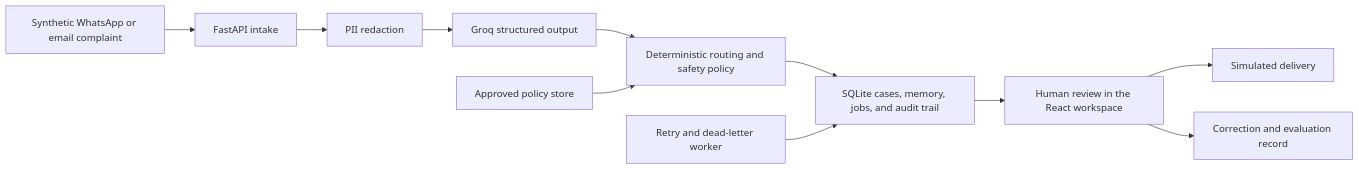
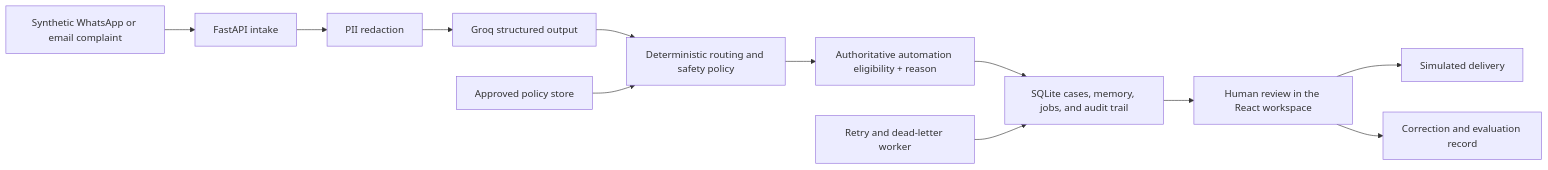
The diagram in docs/architecture.md (udochukwu-echefu/kora-triage-mvp), drawn with Mermaid before and after one commit. The commit also changed other lines of this file and 63 other files, not shown here.

````diff
--- a/docs/architecture.md
+++ b/docs/architecture.md
@@ -5,13 +5,14 @@
 ```mermaid
 flowchart LR
     A["Synthetic WhatsApp or email complaint"] --> B["FastAPI intake"]
     B --> C["PII redaction"]
     C --> D["Groq structured output"]
     D --> E["Deterministic routing and safety policy"]
-    E --> F["SQLite cases, memory, jobs, and audit trail"]
+    E --> P["Authoritative automation eligibility + reason"]
+    P --> F["SQLite cases, memory, jobs, and audit trail"]
     F --> G["Human review in the React workspace"]
     G --> H["Simulated delivery"]
     G --> I["Correction and evaluation record"]
     J["Approved policy store"] --> E
     K["Retry and dead-letter worker"] --> F
 ```
````
